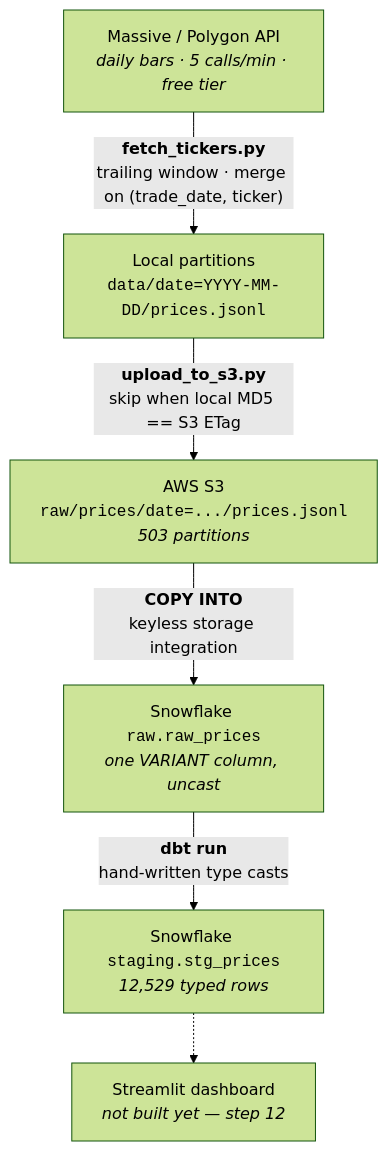
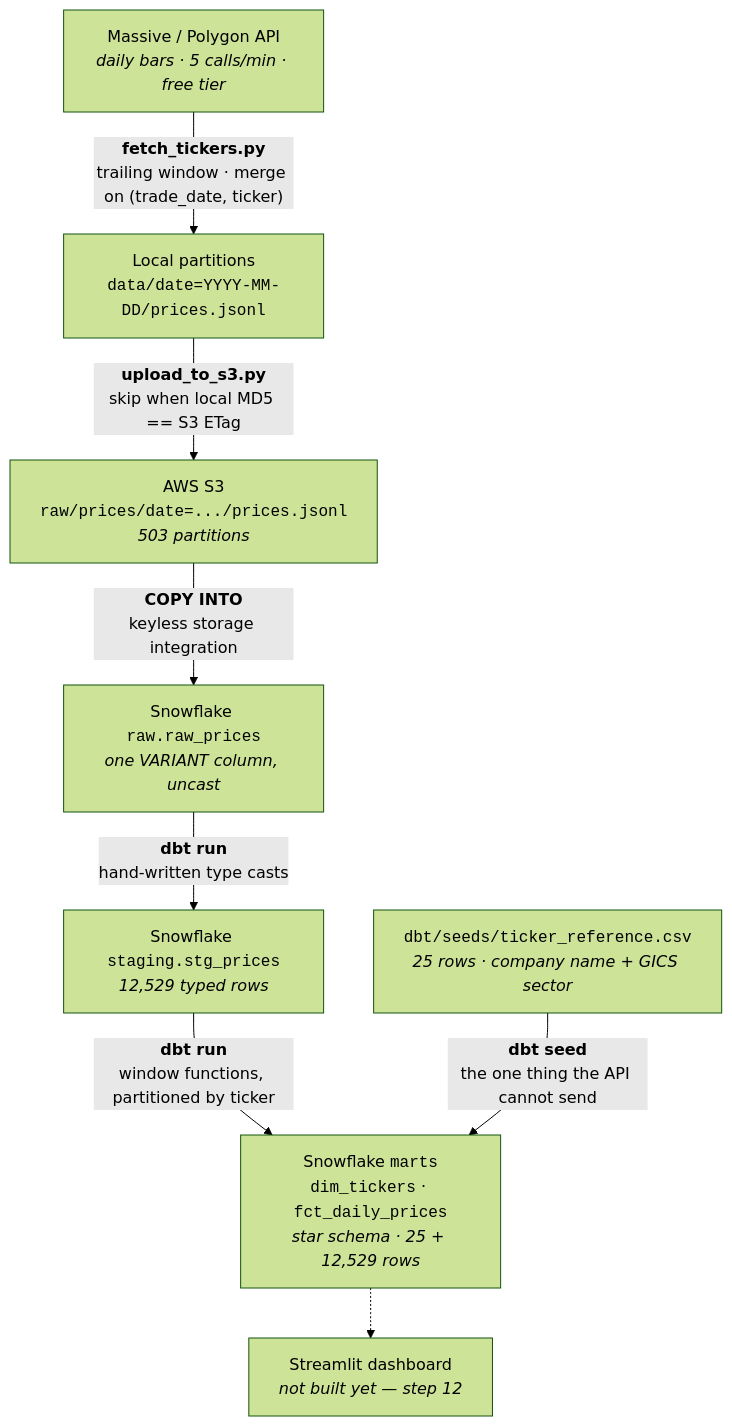
The diagram in README.md (pratik-j-patel/market-data-pipeline), drawn with Mermaid (forest theme) before and after one commit. The commit also changed other lines of this file and 8 other files, not shown here.

First line of the commit message:
Add dbt marts layer: dim_tickers, fct_daily_prices, and a ticker seed

````diff
--- a/README.md
+++ b/README.md
@@ -31,15 +31,19 @@
 ```mermaid
 flowchart TD
     API["Massive / Polygon API<br/><i>daily bars · 5 calls/min · free tier</i>"]
     LOCAL["Local partitions<br/><code>data/date=YYYY-MM-DD/prices.jsonl</code>"]
     S3["AWS S3<br/><code>raw/prices/date=.../prices.jsonl</code><br/><i>503 partitions</i>"]
     RAW["Snowflake <code>raw.raw_prices</code><br/><i>one VARIANT column, uncast</i>"]
     STG["Snowflake <code>staging.stg_prices</code><br/><i>12,529 typed rows</i>"]
+    SEED["<code>dbt/seeds/ticker_reference.csv</code><br/><i>25 rows · company name + GICS sector</i>"]
+    MARTS["Snowflake <code>marts</code><br/><code>dim_tickers</code> · <code>fct_daily_prices</code><br/><i>star schema · 25 + 12,529 rows</i>"]
     DASH["Streamlit dashboard<br/><i>not built yet — step 12</i>"]
 
     API -->|"<b>fetch_tickers.py</b><br/>trailing window · merge on (trade_date, ticker)"| LOCAL
     LOCAL -->|"<b>upload_to_s3.py</b><br/>skip when local MD5 == S3 ETag"| S3
     S3 -->|"<b>COPY INTO</b><br/>keyless storage integration"| RAW
     RAW -->|"<b>dbt run</b><br/>hand-written type casts"| STG
-    STG -.-> DASH
+    STG -->|"<b>dbt run</b><br/>window functions, partitioned by ticker"| MARTS
+    SEED -->|"<b>dbt seed</b><br/>the one thing the API cannot send"| MARTS
+    MARTS -.-> DASH
 ```
````
